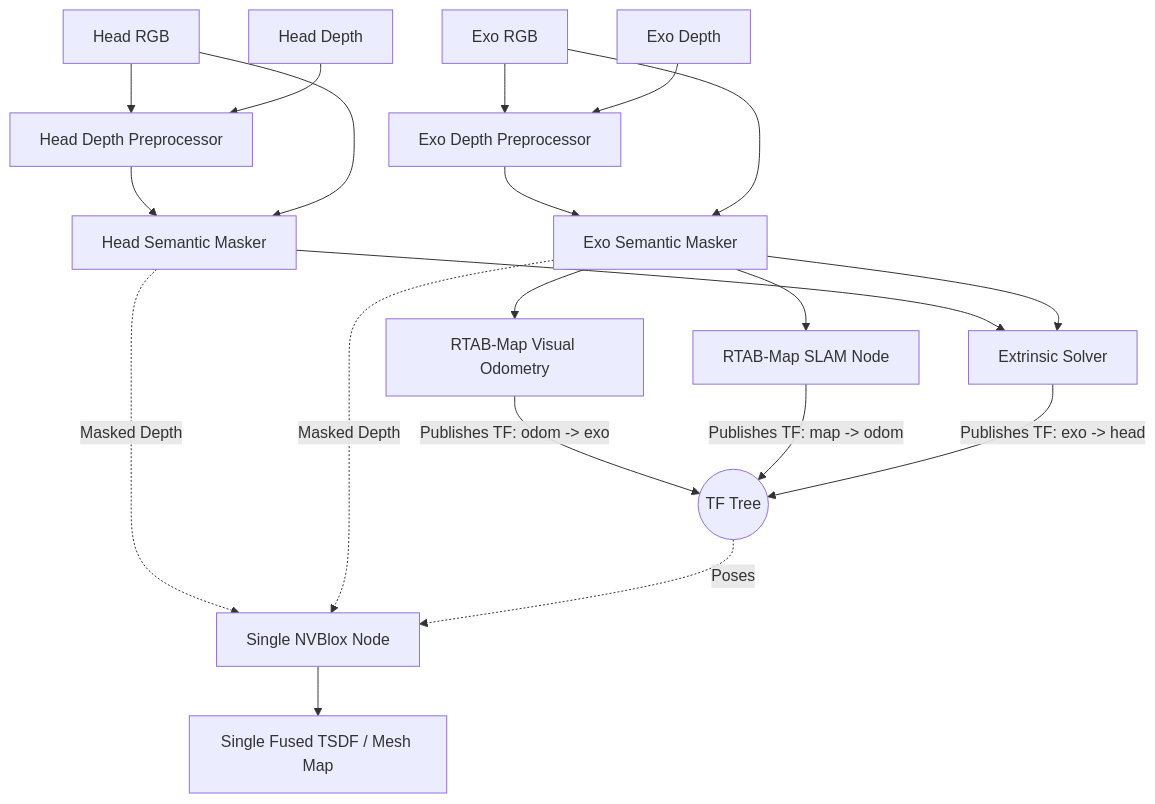
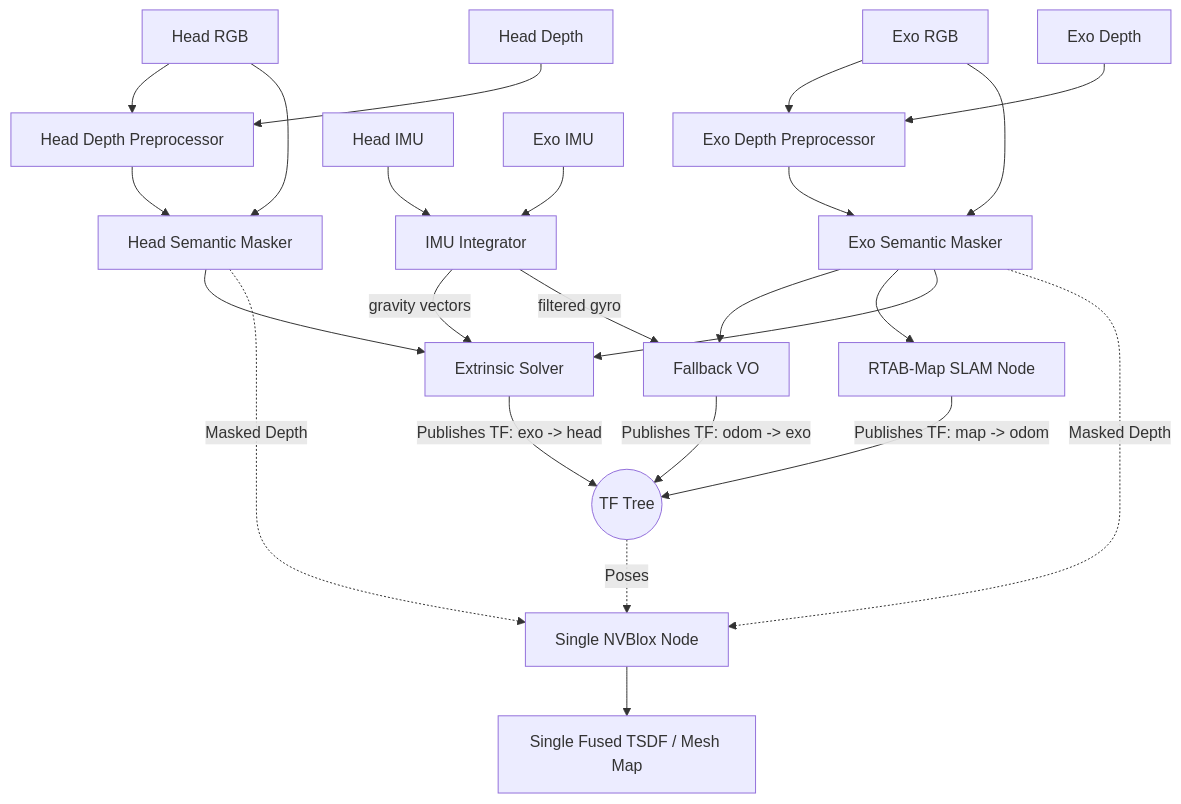
One commit to davidebaggio/MARS-Exo changed the diagram in pipeline.md. Above: the diagram before and after it, drawn with Mermaid. The commit also changed other lines of this file, not shown here.

Commit message:
docs: update pipeline.md with IMU integration, evaluation, and run instructions

````diff
--- a/pipeline.md
+++ b/pipeline.md
@@ -18,32 +19,40 @@
 ```mermaid
 flowchart TD
     %% Inputs
     A1[Head RGB] --> B1[Head Depth Preprocessor]
     A2[Head Depth] --> B1
     A3[Exo RGB] --> B2[Exo Depth Preprocessor]
     A4[Exo Depth] --> B2
 
+    %% IMU
+    IMU_H[Head IMU] --> IMU_PROC[IMU Integrator]
+    IMU_E[Exo IMU] --> IMU_PROC
+
     %% Masking
     B1 --> C1[Head Semantic Masker]
     A1 --> C1
     B2 --> C2[Exo Semantic Masker]
     A3 --> C2
 
+    %% IMU outputs
+    IMU_PROC -->|gravity vectors| F[Extrinsic Solver]
+    IMU_PROC -->|filtered gyro| ODO[Fallback VO]
+
     %% Tracking & Extrinsics
-    C2 --> D_ODO[RTAB-Map Visual Odometry]
-    D_ODO --> |Publishes TF: odom -> exo| TF_TREE((TF Tree))
-    
+    C2 --> ODO
+    ODO --> |Publishes TF: odom -> exo| TF_TREE((TF Tree))
+
     C2 --> D_SLAM[RTAB-Map SLAM Node]
     D_SLAM --> |Publishes TF: map -> odom| TF_TREE
-    
-    C1 --> F[Extrinsic Solver]
+
+    C1 --> F
     C2 --> F
     F --> |Publishes TF: exo -> head| TF_TREE
 
     %% Fusion
     C1 -. Masked Depth .-> N[Single NVBlox Node]
     C2 -. Masked Depth .-> N
     TF_TREE -. Poses .-> N
-    
+
     N --> J[Single Fused TSDF / Mesh Map]
 ```
````
